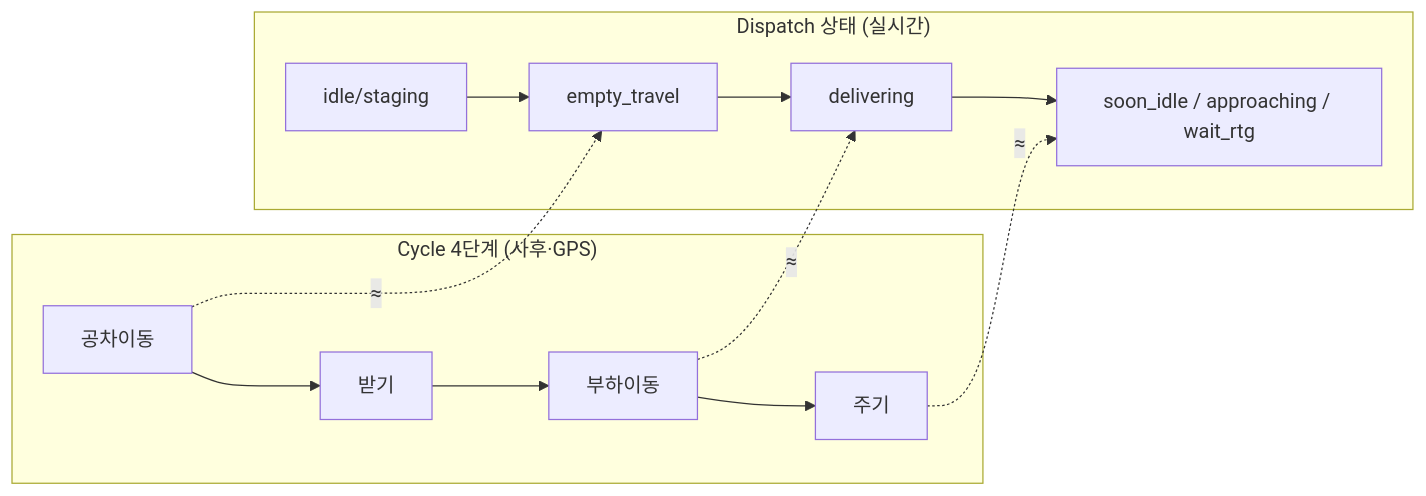
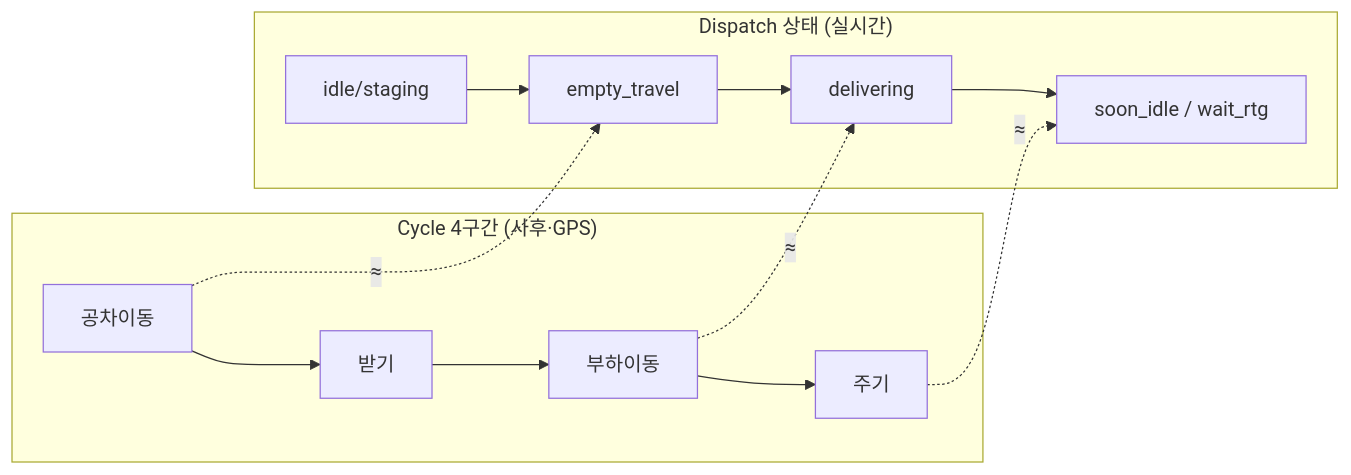
One commit to kimt86/tt-aiops-platform changed the fourth of 4 diagrams in docs-site/src/content/docs/dashboard/cycle.md. Above: the diagram before and after it, drawn with Mermaid. The commit also changed other lines of this file and 18 other files, not shown here.

````diff
--- a/docs-site/src/content/docs/dashboard/cycle.md
+++ b/docs-site/src/content/docs/dashboard/cycle.md
@@ -133,12 +137,12 @@
 ```mermaid
 flowchart LR
-  subgraph C["Cycle 4단계 (사후·GPS)"]
+  subgraph C["Cycle 4구간 (사후·GPS)"]
     c1["공차이동"] --> c2["받기"] --> c3["부하이동"] --> c4["주기"]
   end
   subgraph D["Dispatch 상태 (실시간)"]
-    d0["idle/staging"] --> d1["empty_travel"] --> d2["delivering"] --> d3["soon_idle / approaching / wait_rtg"]
+    d0["idle/staging"] --> d1["empty_travel"] --> d2["delivering"] --> d3["soon_idle / wait_rtg"]
   end
   c1 -.->|"≈"| d1
   c3 -.->|"≈"| d2
   c4 -.->|"≈"| d3
 ```
````
